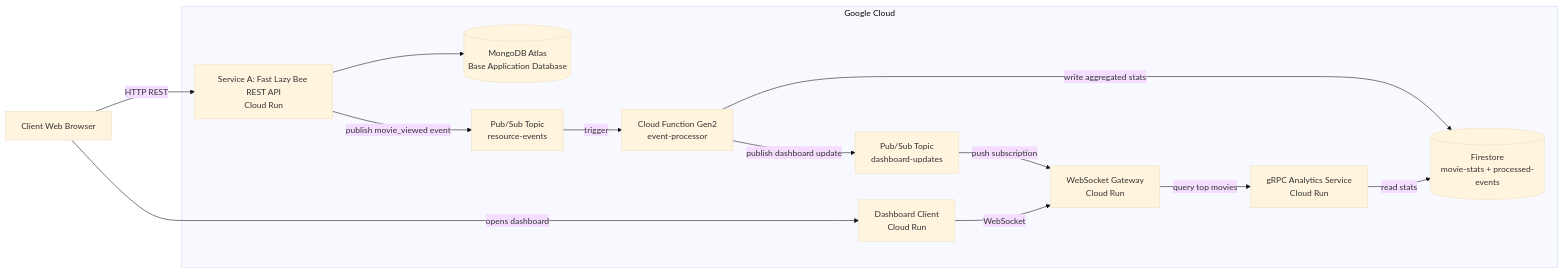
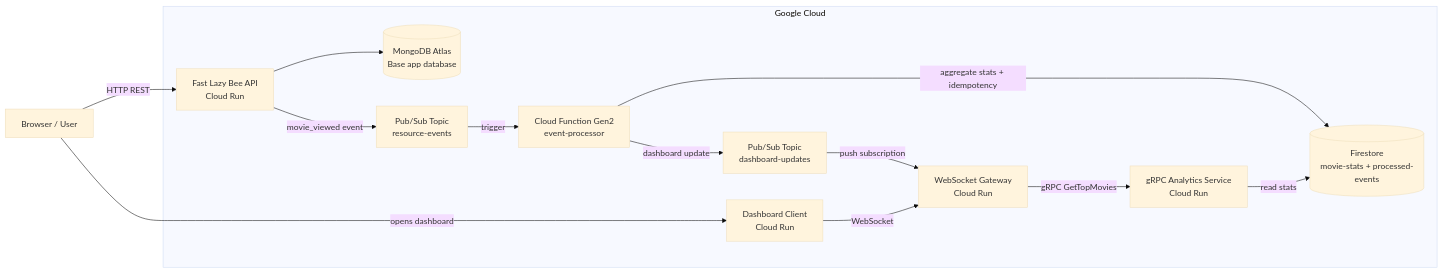
One commit to mariacioratanu/pcd-analytics-dashboard changed the diagram in README.md. Above: the diagram before and after it, drawn with Mermaid (base theme). The commit also changed other lines of this file, not shown here.

````diff
--- a/README.md
+++ b/README.md
@@ -49,28 +42,31 @@
 ```mermaid
 flowchart LR
-    Client[Client Web Browser]
+    Browser[Browser / User]
 
     subgraph GoogleCloud[Google Cloud]
-        A[Service A: Fast Lazy Bee REST API<br/>Cloud Run]
-        DB[(MongoDB Atlas<br/>Base Application Database)]
+        A[Fast Lazy Bee API<br/>Cloud Run]
+        Mongo[(MongoDB Atlas<br/>Base app database)]
+
         Topic1[Pub/Sub Topic<br/>resource-events]
         CF[Cloud Function Gen2<br/>event-processor]
-        FS[(Firestore<br/>movie-stats + processed-events)]
+
+        Firestore[(Firestore<br/>movie-stats + processed-events)]
         Topic2[Pub/Sub Topic<br/>dashboard-updates]
+
         WS[WebSocket Gateway<br/>Cloud Run]
         GRPC[gRPC Analytics Service<br/>Cloud Run]
-        DASH[Dashboard Client<br/>Cloud Run]
+        Dashboard[Dashboard Client<br/>Cloud Run]
     end
 
-    Client -->|HTTP REST| A
-    A --> DB
-    A -->|publish movie_viewed event| Topic1
+    Browser -->|HTTP REST| A
+    A --> Mongo
+    A -->|movie_viewed event| Topic1
     Topic1 -->|trigger| CF
-    CF -->|write aggregated stats| FS
-    CF -->|publish dashboard update| Topic2
+    CF -->|aggregate stats + idempotency| Firestore
+    CF -->|dashboard update| Topic2
     Topic2 -->|push subscription| WS
-    WS -->|query top movies| GRPC
-    GRPC -->|read stats| FS
-    DASH -->|WebSocket| WS
-    Client -->|opens dashboard| DASH
+    WS -->|gRPC GetTopMovies| GRPC
+    GRPC -->|read stats| Firestore
+    Dashboard -->|WebSocket| WS
+    Browser -->|opens dashboard| Dashboard
 ```
````
